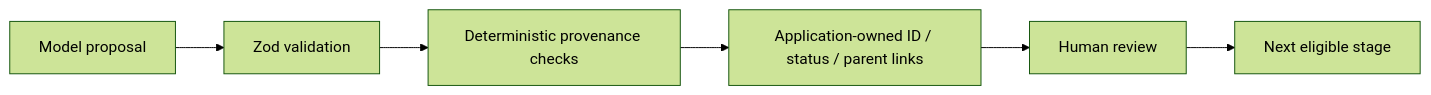
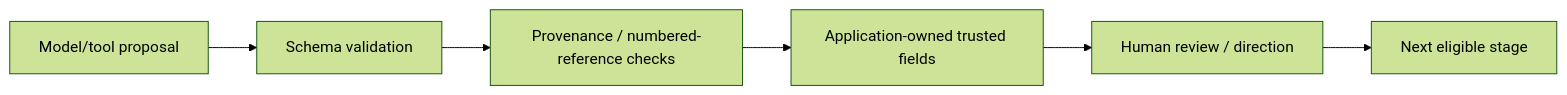
One commit to amin076/tital changed the second of 2 diagrams in docs/architecture/system-architecture.md. Above: the diagram before and after it, drawn with Mermaid (forest theme). The commit also changed other lines of this file, not shown here.

Commit message:
docs: refresh hosted system architecture and director performance layers

````diff
--- a/docs/architecture/system-architecture.md
+++ b/docs/architecture/system-architecture.md
@@ -230,11 +207,11 @@
 ```mermaid
 graph LR
-    M[Model proposal]
-    V[Zod validation]
-    P[Deterministic provenance checks]
-    R[Application-owned ID / status / parent links]
-    H[Human review]
+    M[Model/tool proposal]
+    V[Schema validation]
+    P[Provenance / numbered-reference checks]
+    R[Application-owned trusted fields]
+    H[Human review / direction]
     N[Next eligible stage]
 
     M --> V --> P --> R --> H --> N
 ```
````
